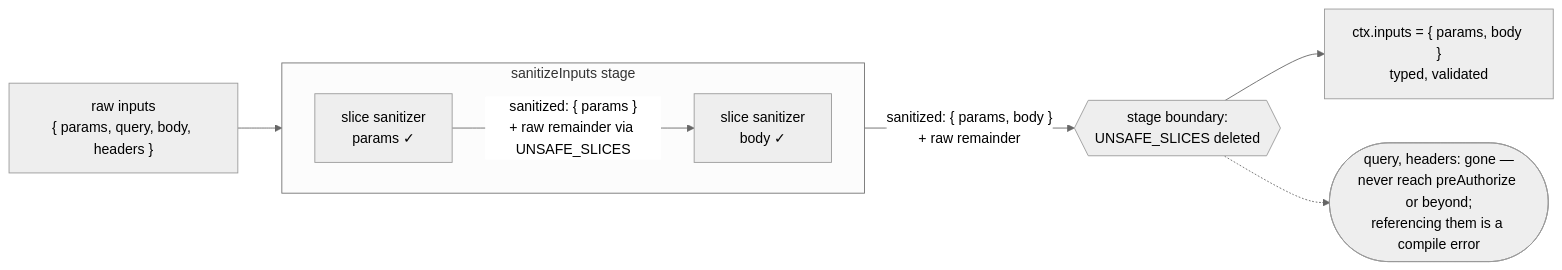
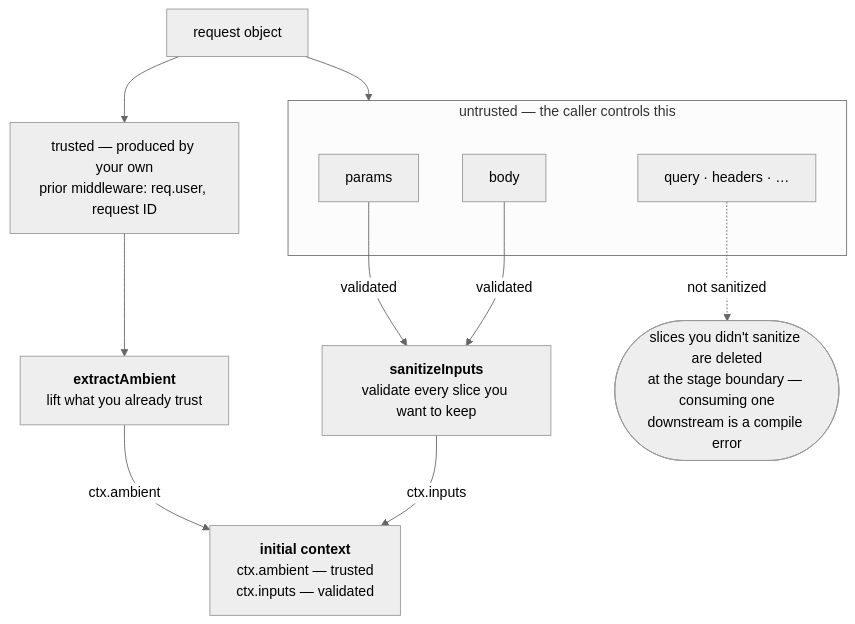
The third of 3 diagrams in docs/architecture.md (trycatchal/hipthrusts), drawn with Mermaid (neutral theme) before and after one commit. The commit also changed other lines of this file and 4 other files, not shown here.

First line of the commit message:
Redo architecture diagrams around context and data flow

````diff
--- a/docs/architecture.md
+++ b/docs/architecture.md
@@ -247,21 +107,26 @@
 ```mermaid
-flowchart LR
-    RAW["raw inputs<br/>{ params, query, body, headers }"]
+flowchart TD
+    REQ["request object"]
 
-    subgraph STAGE["sanitizeInputs stage"]
-        direction LR
-        SP["slice sanitizer<br/>params ✓"]
-        SB["slice sanitizer<br/>body ✓"]
+    subgraph UT["untrusted — the caller controls this"]
+        P["params"]
+        B["body"]
+        Q["query · headers · …"]
     end
+    MW["trusted — produced by your own<br/>prior middleware: req.user, request ID"]
 
-    BOUNDARY{{"stage boundary:<br/>UNSAFE_SLICES deleted"}}
+    SI["<b>sanitizeInputs</b><br/>validate every slice you want to keep"]
+    EA["<b>extractAmbient</b><br/>lift what you already trust"]
 
-    SAFE["ctx.inputs = { params, body }<br/>typed, validated"]
-    GONE(["query, headers: gone —<br/>never reach preAuthorize or beyond;<br/>referencing them is a compile error"])
+    DROP(["slices you didn't sanitize are deleted<br/>at the stage boundary — consuming one<br/>downstream is a compile error"])
+    CTX["<b>initial context</b><br/>ctx.ambient — trusted<br/>ctx.inputs — validated"]
 
-    RAW --> SP
-    SP -->|"sanitized: { params }<br/>+ raw remainder via UNSAFE_SLICES"| SB
-    SB -->|"sanitized: { params, body }<br/>+ raw remainder"| BOUNDARY
-    BOUNDARY --> SAFE
-    BOUNDARY -.-> GONE
+    REQ --> UT
+    REQ --> MW
+    P -->|"validated"| SI
+    B -->|"validated"| SI
+    Q -.->|"not sanitized"| DROP
+    MW --> EA
+    SI -->|"ctx.inputs"| CTX
+    EA -->|"ctx.ambient"| CTX
 ```
````
